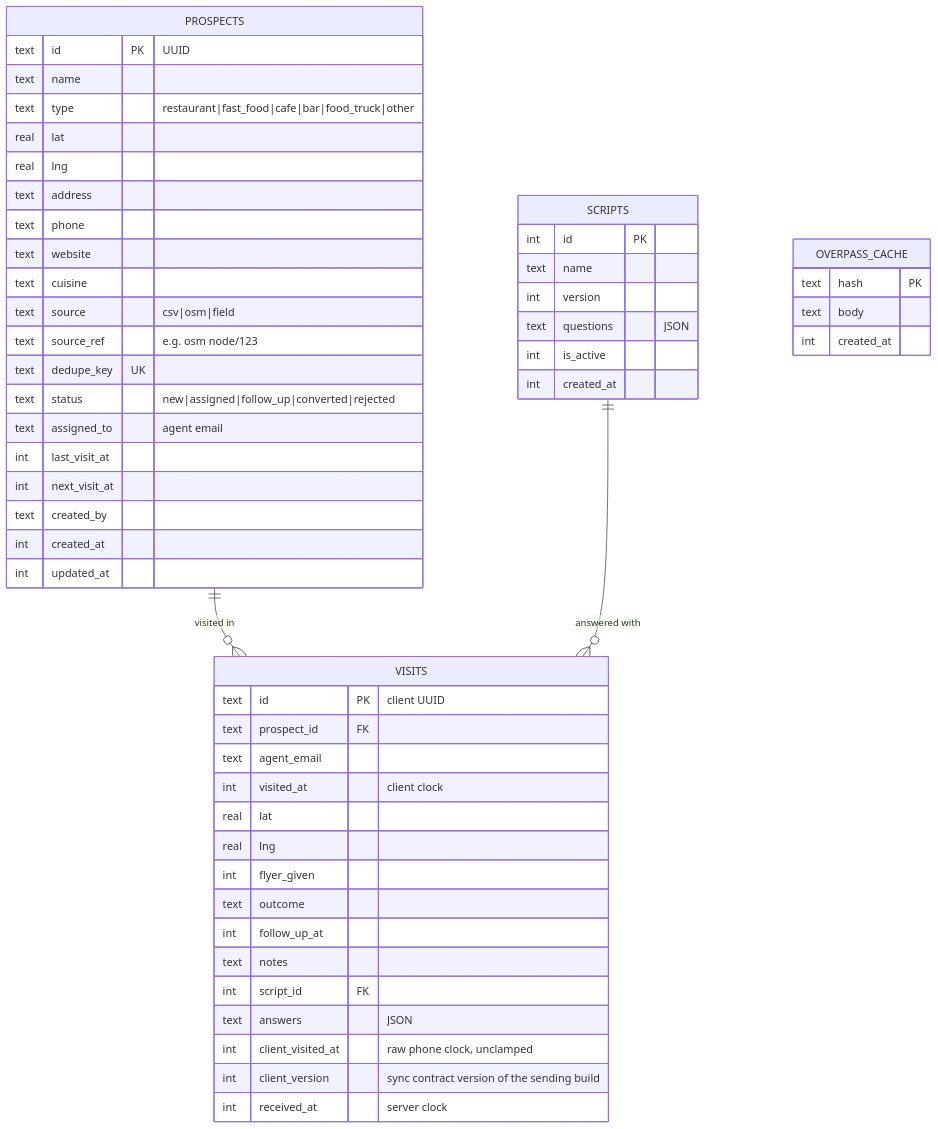
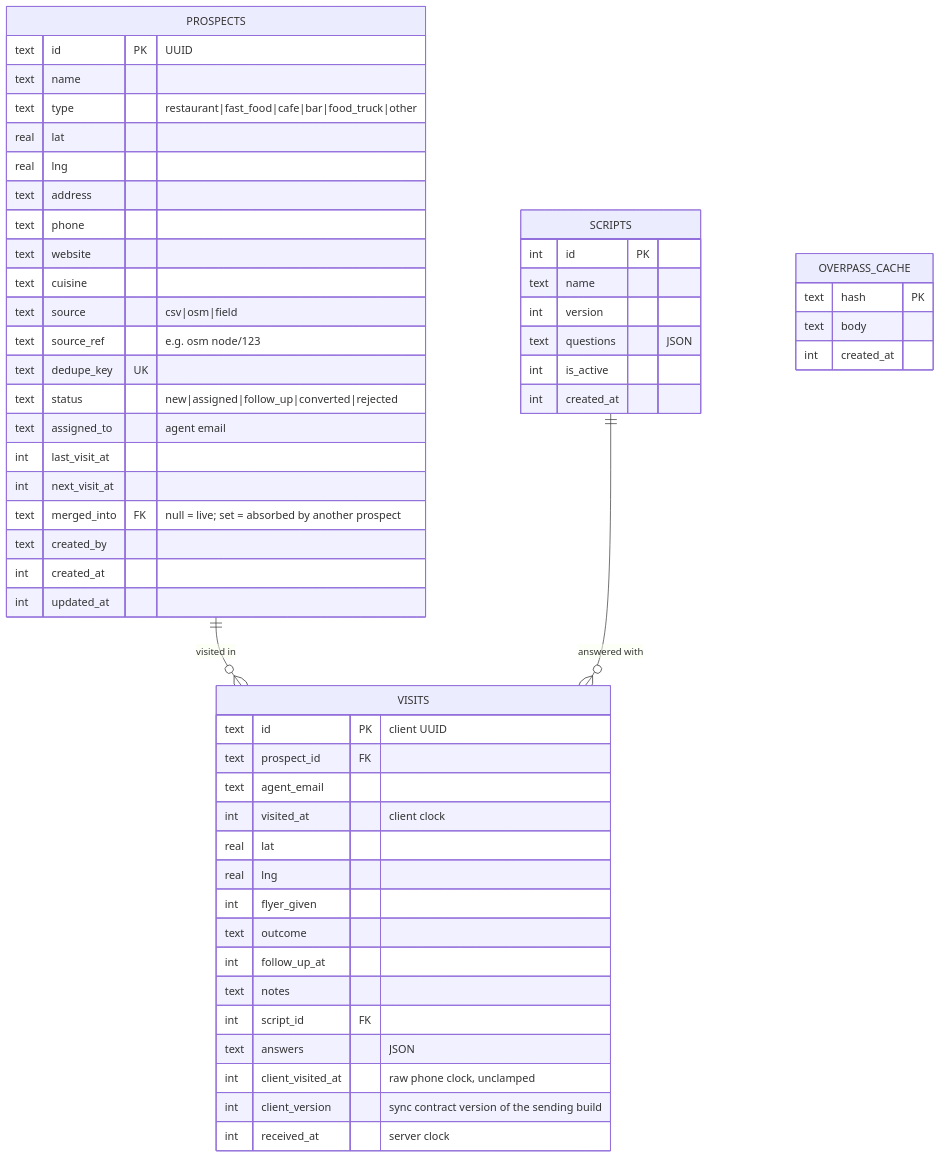
One commit to FixbyteStudio/captain-prospectus changed the diagram in docs/data-model.md. Above: the diagram before and after it, drawn with Mermaid. The commit also changed other lines of this file and 14 other files, not shown here.

````diff
--- a/docs/data-model.md
+++ b/docs/data-model.md
@@ -5,56 +5,57 @@
 ```mermaid
 erDiagram
   PROSPECTS ||--o{ VISITS : "visited in"
   SCRIPTS ||--o{ VISITS : "answered with"
   PROSPECTS {
     text id PK "UUID"
     text name
     text type "restaurant|fast_food|cafe|bar|food_truck|other"
     real lat
     real lng
     text address
     text phone
     text website
     text cuisine
     text source "csv|osm|field"
     text source_ref "e.g. osm node/123"
     text dedupe_key UK
     text status "new|assigned|follow_up|converted|rejected"
     text assigned_to "agent email"
     int last_visit_at
     int next_visit_at
+    text merged_into FK "null = live; set = absorbed by another prospect"
     text created_by
     int created_at
     int updated_at
   }
   VISITS {
     text id PK "client UUID"
     text prospect_id FK
     text agent_email
     int visited_at "client clock"
     real lat
     real lng
     int flyer_given
     text outcome
     int follow_up_at
     text notes
     int script_id FK
     text answers "JSON"
     int client_visited_at "raw phone clock, unclamped"
     int client_version "sync contract version of the sending build"
     int received_at "server clock"
   }
   SCRIPTS {
     int id PK
     text name
     int version
     text questions "JSON"
     int is_active
     int created_at
   }
   OVERPASS_CACHE {
     text hash PK
     text body
     int created_at
   }
 ```
````
